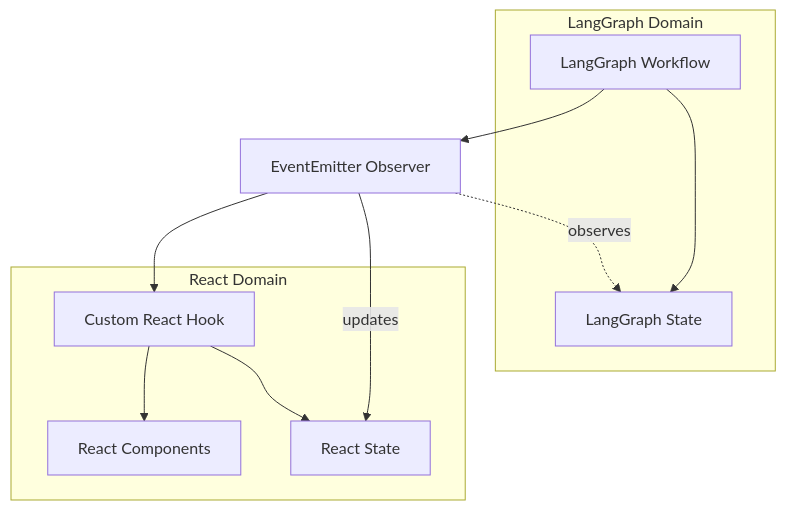
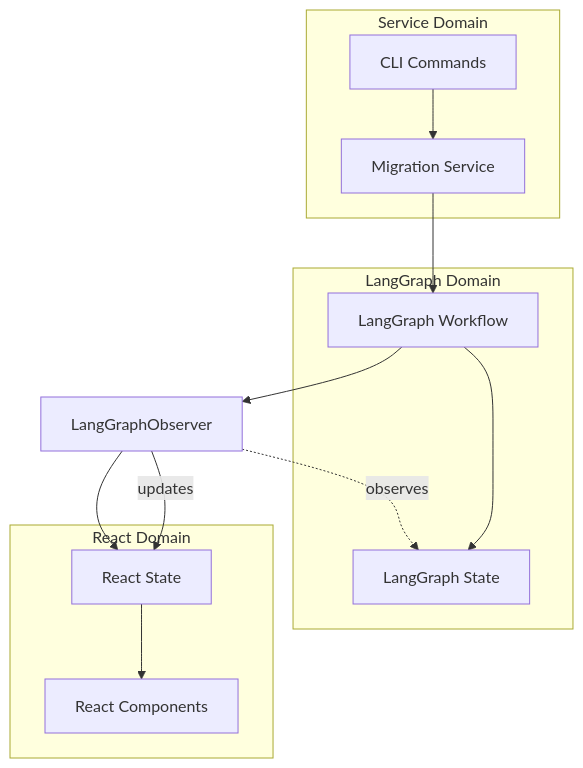
One commit to Rolilink/unshallow changed the diagram in langgraph-bridge.md. Above: the diagram before and after it, drawn with Mermaid. The commit also changed other lines of this file and 7 other files, not shown here.

Commit message:
improved architecture

````diff
--- a/langgraph-bridge.md
+++ b/langgraph-bridge.md
@@ -5,22 +5,27 @@
 ```mermaid
 graph TD
-    A[LangGraph Workflow] --> B[EventEmitter Observer]
-    B --> C[Custom React Hook]
-    C --> D[React Components]
+    A[LangGraph Workflow] --> B[LangGraphObserver]
+    B --> C[React State]
+    D[Migration Service] --> A
     
     subgraph "LangGraph Domain"
         A
         E[LangGraph State]
         A --> E
     end
     
     subgraph "React Domain"
         C
-        D
-        F[React State]
+        F[React Components]
         C --> F
     end
     
+    subgraph "Service Domain"
+        D
+        G[CLI Commands]
+        G --> D
+    end
+    
     B -.-> |observes| E
-    B --> |updates| F
+    B --> |updates| C
 ```
````
